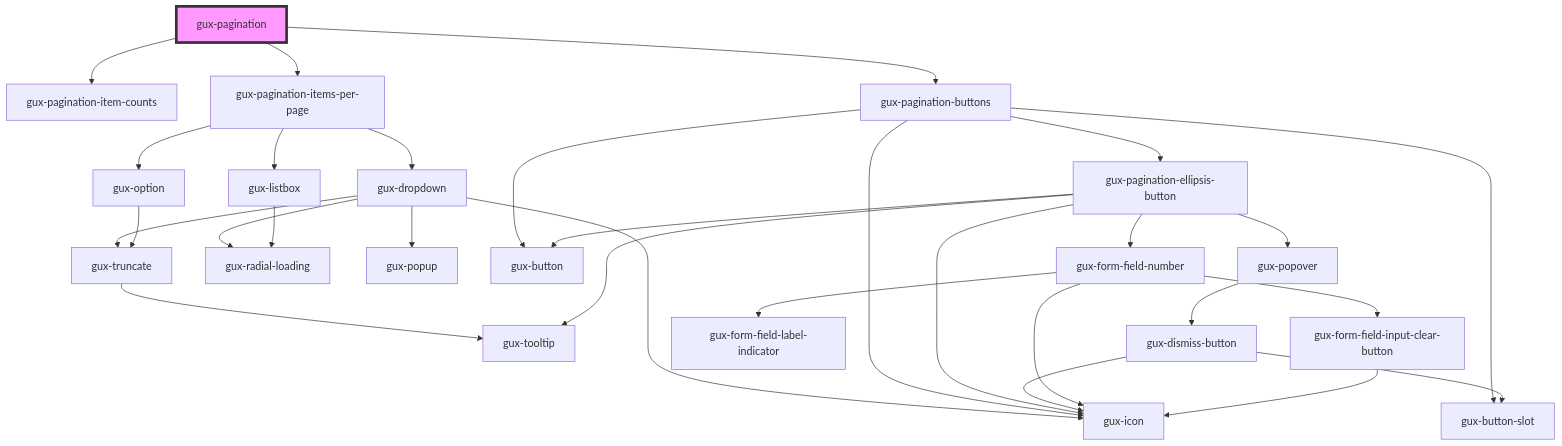
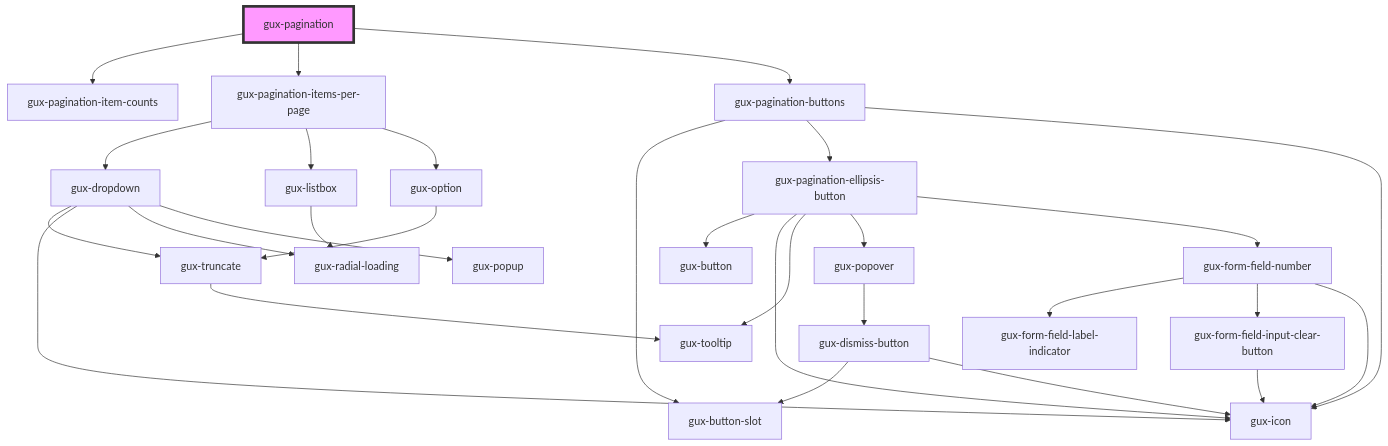
The diagram in packages/genesys-spark-components/src/components/stable/gux-pagination/readme.md (Pragadeeeshr/genesys-spark), drawn with Mermaid before and after one commit. The commit also changed 11 other files, not shown here.

````diff
--- a/packages/genesys-spark-components/src/components/stable/gux-pagination/readme.md
+++ b/packages/genesys-spark-components/src/components/stable/gux-pagination/readme.md
@@ -42,33 +42,32 @@
 ```mermaid
 graph TD;
   gux-pagination --> gux-pagination-item-counts
   gux-pagination --> gux-pagination-items-per-page
   gux-pagination --> gux-pagination-buttons
   gux-pagination-items-per-page --> gux-dropdown
   gux-pagination-items-per-page --> gux-listbox
   gux-pagination-items-per-page --> gux-option
   gux-dropdown --> gux-truncate
   gux-dropdown --> gux-icon
   gux-dropdown --> gux-radial-loading
   gux-dropdown --> gux-popup
   gux-truncate --> gux-tooltip
   gux-listbox --> gux-radial-loading
   gux-option --> gux-truncate
   gux-pagination-buttons --> gux-button-slot
   gux-pagination-buttons --> gux-pagination-ellipsis-button
-  gux-pagination-buttons --> gux-button
   gux-pagination-buttons --> gux-icon
   gux-pagination-ellipsis-button --> gux-button
   gux-pagination-ellipsis-button --> gux-icon
   gux-pagination-ellipsis-button --> gux-tooltip
   gux-pagination-ellipsis-button --> gux-popover
   gux-pagination-ellipsis-button --> gux-form-field-number
   gux-popover --> gux-dismiss-button
   gux-dismiss-button --> gux-button-slot
   gux-dismiss-button --> gux-icon
   gux-form-field-number --> gux-form-field-label-indicator
   gux-form-field-number --> gux-form-field-input-clear-button
   gux-form-field-number --> gux-icon
   gux-form-field-input-clear-button --> gux-icon
   style gux-pagination fill:#f9f,stroke:#333,stroke-width:4px
 ```
````
